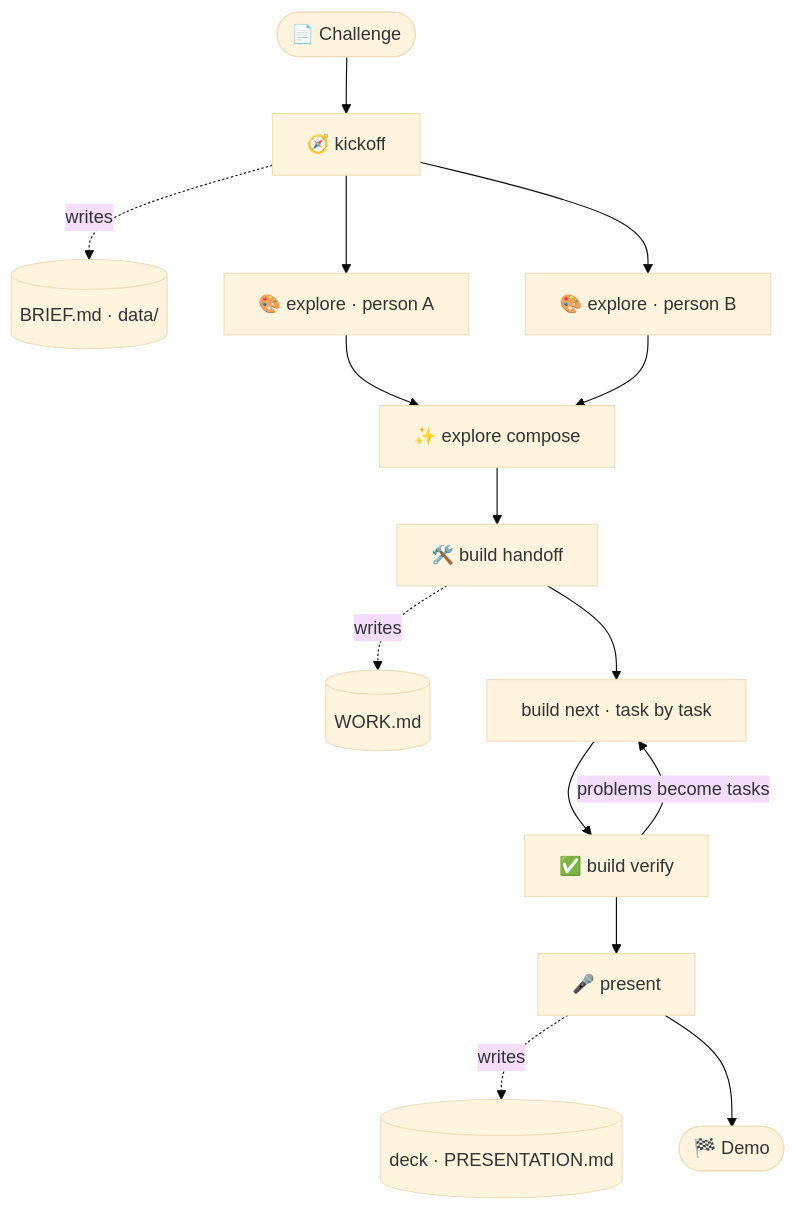
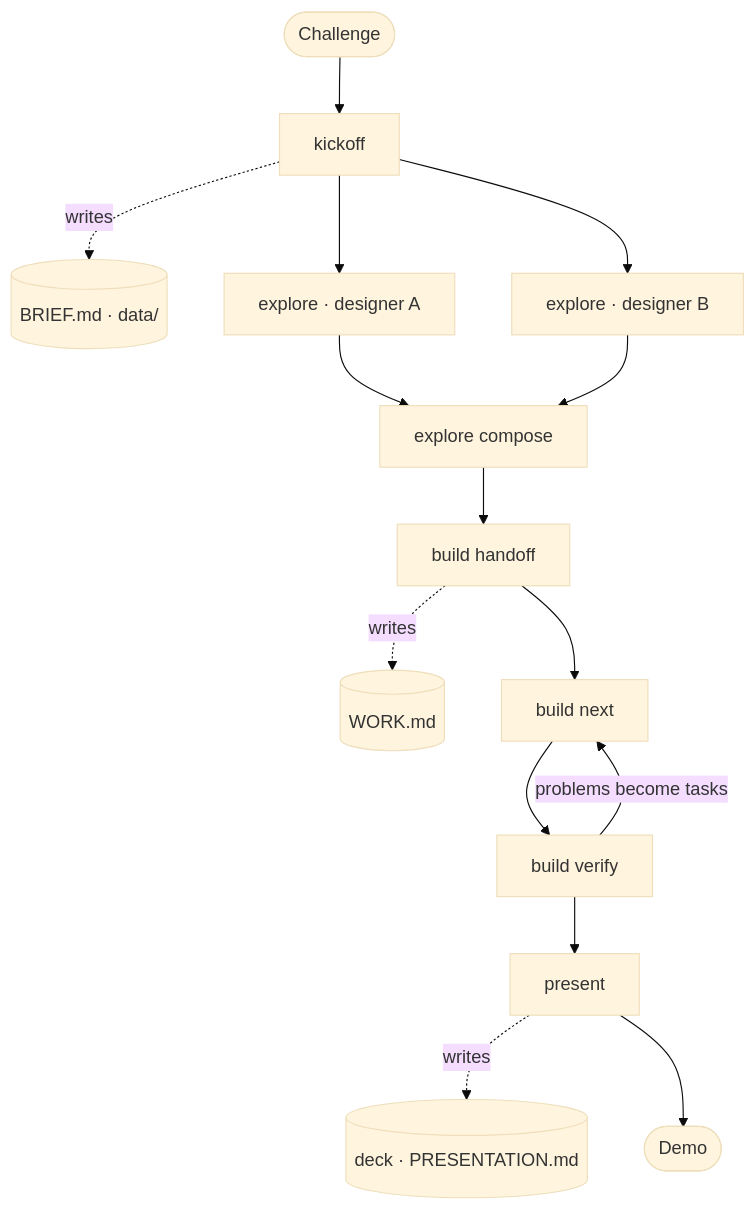
One commit to sassarini-marco/track-to-demo changed the diagram in README.md. Above: the diagram before and after it, drawn with Mermaid (base theme). The commit also changed other lines of this file, not shown here.

````diff
--- a/README.md
+++ b/README.md
@@ -92,17 +74,17 @@
 ```mermaid
 flowchart TD
-    T([📄 Challenge]) --> K[🧭 kickoff]
+    T([Challenge]) --> K[kickoff]
     K -. writes .-> B[(BRIEF.md · data/)]
-    K --> E1[🎨 explore · person A]
-    K --> E2[🎨 explore · person B]
-    E1 --> C[✨ explore compose]
+    K --> E1[explore · designer A]
+    K --> E2[explore · designer B]
+    E1 --> C[explore compose]
     E2 --> C
-    C --> H[🛠️ build handoff]
+    C --> H[build handoff]
     H -. writes .-> W[(WORK.md)]
-    H --> N[build next · task by task]
-    N --> V[✅ build verify]
+    H --> N[build next]
+    N --> V[build verify]
     V -- problems become tasks --> N
-    V --> P[🎤 present]
+    V --> P[present]
     P -. writes .-> S[(deck · PRESENTATION.md)]
-    P --> D([🏁 Demo])
+    P --> D([Demo])
 ```
````
